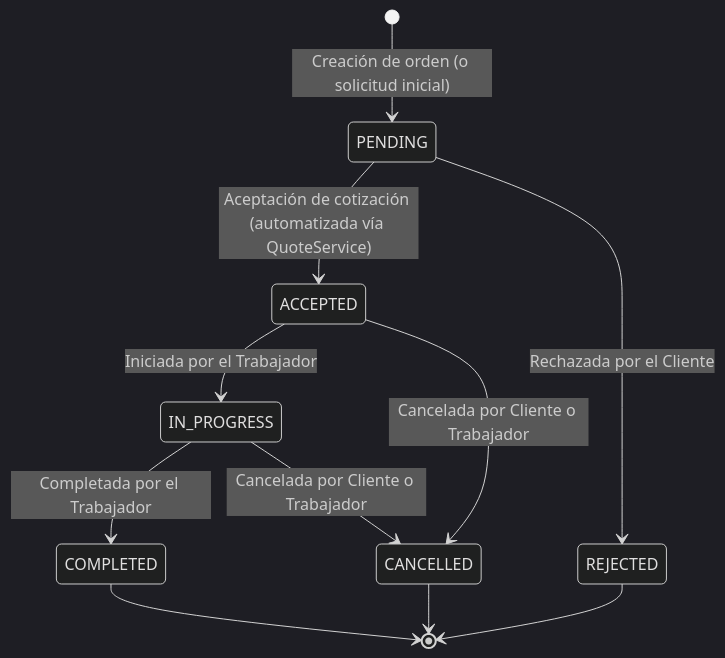
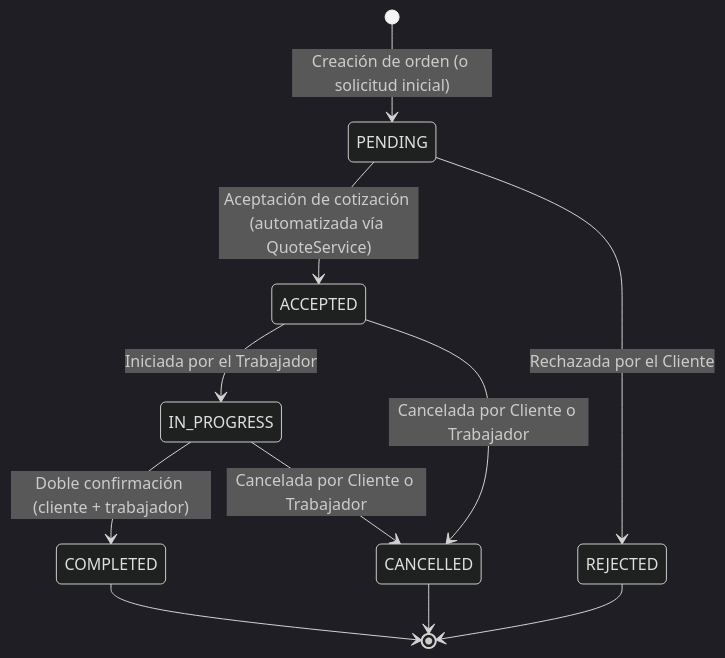
One commit to StartupEtec/Backend changed the diagram in docs/ORDER_STATE_MACHINE.md. Above: the diagram before and after it, drawn with Mermaid (dark theme). The commit also changed other lines of this file and 10 other files, not shown here.

````diff
--- a/docs/ORDER_STATE_MACHINE.md
+++ b/docs/ORDER_STATE_MACHINE.md
@@ -7,13 +7,13 @@
 ```mermaid
 stateDiagram-v2
     [*] --> PENDING : Creación de orden (o solicitud inicial)
     PENDING --> ACCEPTED : Aceptación de cotización (automatizada vía QuoteService)
     PENDING --> REJECTED : Rechazada por el Cliente
     ACCEPTED --> IN_PROGRESS : Iniciada por el Trabajador
     ACCEPTED --> CANCELLED : Cancelada por Cliente o Trabajador
-    IN_PROGRESS --> COMPLETED : Completada por el Trabajador
+    IN_PROGRESS --> COMPLETED : Doble confirmación (cliente + trabajador)
     IN_PROGRESS --> CANCELLED : Cancelada por Cliente o Trabajador
     COMPLETED --> [*]
     REJECTED --> [*]
     CANCELLED --> [*]
 ```
````
